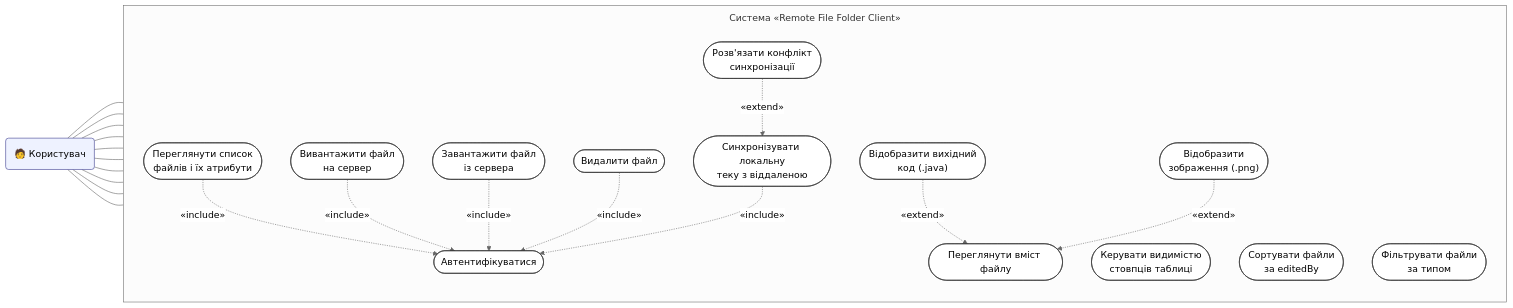
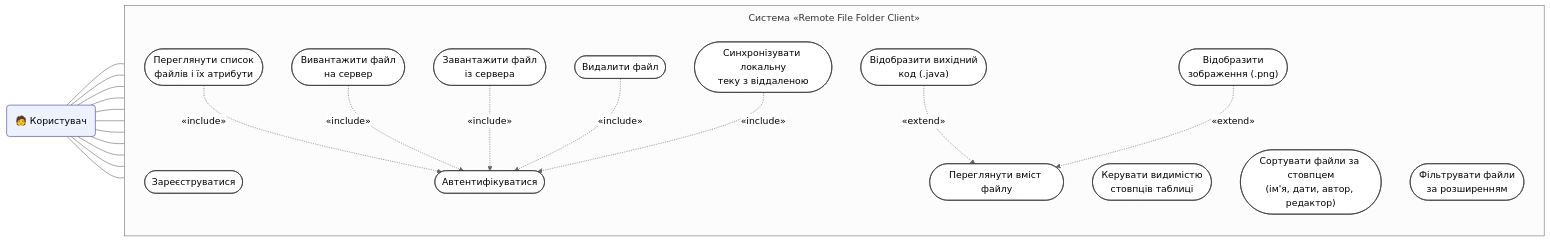
Before and after one commit to Shitcode-Swamp/file-space: the diagram in docs/diagrams-uml/src/ua/01-usecase.mmd, drawn with Mermaid. The commit also changed 55 other files, not shown here.

Commit message:
Diagrams and report

```diff
--- a/docs/diagrams-uml/src/ua/01-usecase.mmd
+++ b/docs/diagrams-uml/src/ua/01-usecase.mmd
@@ -1,45 +1,45 @@
 %%{init: {'theme': 'neutral', 'themeVariables': {'fontSize': '16px'}, 'flowchart': {'subGraphTitleMargin': {'top': 10, 'bottom': 15}}}}%%
 flowchart LR
     User("🧑 Користувач")
 
     subgraph SYS["Система «Remote File Folder Client»"]
         direction TB
+        UC0(["Зареєструватися"])
         UC1(["Автентифікуватися"])
         UC2(["Переглянути список<br/>файлів і їх атрибути"])
         UC3(["Вивантажити файл<br/>на сервер"])
         UC4(["Завантажити файл<br/>із сервера"])
         UC5(["Видалити файл"])
         UC6(["Переглянути вміст файлу"])
         UC6a(["Відобразити вихідний<br/>код (.java)"])
         UC6b(["Відобразити<br/>зображення (.png)"])
         UC7(["Керувати видимістю<br/>стовпців таблиці"])
-        UC8(["Сортувати файли<br/>за editedBy"])
-        UC9(["Фільтрувати файли<br/>за типом"])
+        UC8(["Сортувати файли за стовпцем<br/>(ім'я, дати, автор, редактор)"])
+        UC9(["Фільтрувати файли<br/>за розширенням"])
         UC10(["Синхронізувати локальну<br/>теку з віддаленою"])
-        UC11(["Розв'язати конфлікт<br/>синхронізації"])
     end
 
+    User --- UC0
     User --- UC1
     User --- UC2
     User --- UC3
     User --- UC4
     User --- UC5
     User --- UC6
     User --- UC7
     User --- UC8
     User --- UC9
     User --- UC10
 
     UC2 -.->|"«include»"| UC1
     UC3 -.->|"«include»"| UC1
     UC4 -.->|"«include»"| UC1
     UC5 -.->|"«include»"| UC1
     UC10 -.->|"«include»"| UC1
     UC6a -.->|"«extend»"| UC6
     UC6b -.->|"«extend»"| UC6
-    UC11 -.->|"«extend»"| UC10
 
     classDef actor fill:#eef2ff,stroke:#3b3b8f,stroke-width:1px;
     classDef uc fill:#ffffff,stroke:#333,stroke-width:1px;
     class User actor;
-    class UC1,UC2,UC3,UC4,UC5,UC6,UC6a,UC6b,UC7,UC8,UC9,UC10,UC11 uc;
+    class UC0,UC1,UC2,UC3,UC4,UC5,UC6,UC6a,UC6b,UC7,UC8,UC9,UC10 uc;
```
